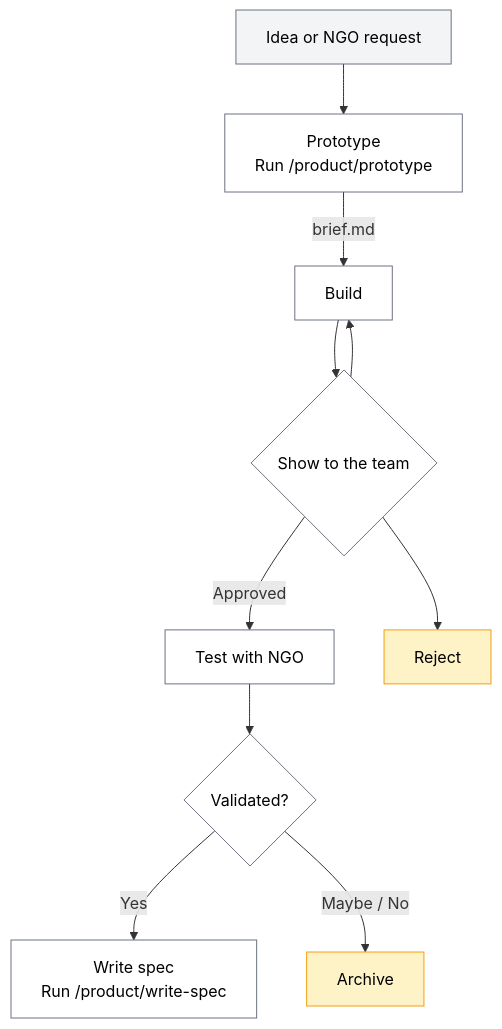
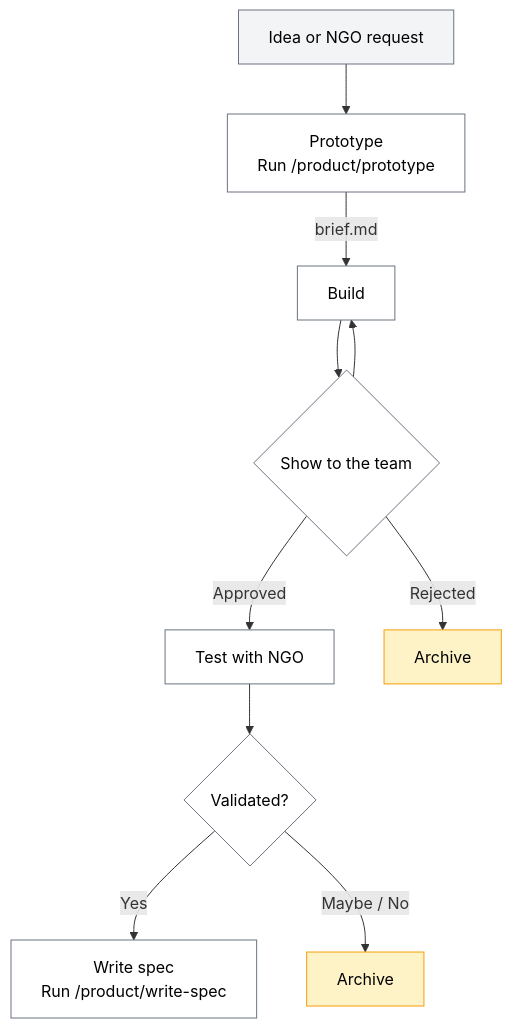
One commit to DalgoT4D/dalgo-core changed the first of 2 diagrams in README.md. Above: the diagram before and after it, drawn with Mermaid. The commit also changed 1 other file, not shown here.

Commit message:
Updated spike track and gitignore

````diff
--- a/README.md
+++ b/README.md
@@ -58,24 +58,24 @@
 ```mermaid
 flowchart TD
     A["Idea or NGO request"] --> B["Prototype
     Run /product/prototype"]
     B --> |"brief.md"| C["Build"]
     C --> R{"Show to the team"}
     R --> |"Approved"| F["Test with NGO"]
     R --> C
-    R --> X["Reject"]
+    R --> |"Rejected"|X["Archive"]
     F --> G{Validated?}
     G --> |Yes| H["Write spec
     Run /product/write-spec"]
     G --> |"Maybe / No"| I["Archive"]
 
     style A fill:#f3f4f6,stroke:#6b7280,color:#000
     style B fill:#fff,stroke:#6b7280,color:#000
     style C fill:#fff,stroke:#6b7280,color:#000
     style R fill:#fff,stroke:#6b7280,color:#000
     style F fill:#fff,stroke:#6b7280,color:#000
     style G fill:#fff,stroke:#6b7280,color:#000
     style H fill:#fff,stroke:#6b7280,color:#000
     style X fill:#fef3c7,stroke:#f59e0b,color:#000
     style I fill:#fef3c7,stroke:#f59e0b,color:#000
 ```
````
